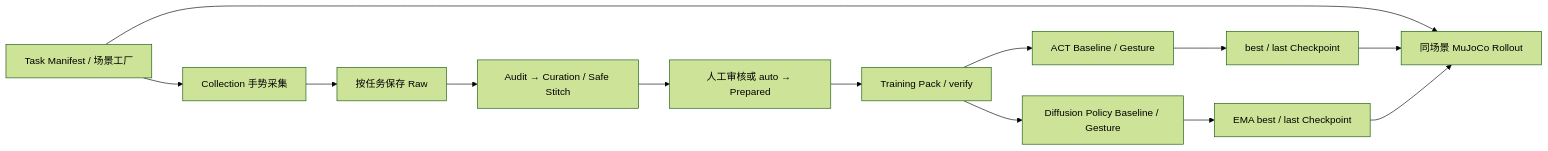
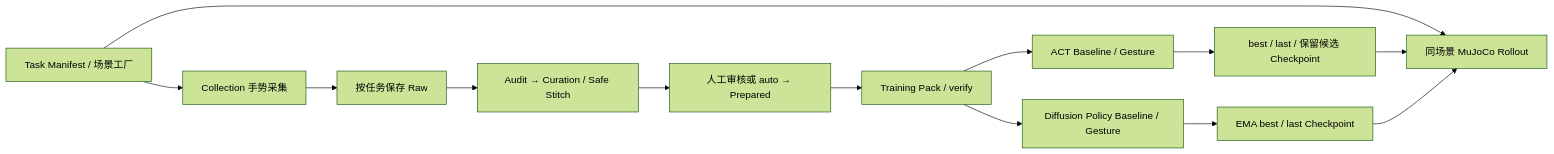
Before and after one commit to shuyi-song-07/mujoco_simulate: the diagram in README.md, drawn with Mermaid (forest theme). The commit also changed other lines of this file and 26 other files, not shown here.

````diff
--- a/README.md
+++ b/README.md
@@ -6,15 +6,15 @@
 ```mermaid
 flowchart LR
   T[Task Manifest / 场景工厂] --> C[Collection 手势采集]
   C --> R[按任务保存 Raw]
   R --> A[Audit → Curation / Safe Stitch]
   A --> P[人工审核或 auto → Prepared]
   P --> K[Training Pack / verify]
   K --> M[ACT Baseline / Gesture]
   K --> D[Diffusion Policy Baseline / Gesture]
-  M --> W[best / last Checkpoint]
+  M --> W[best / last / 保留候选 Checkpoint]
   D --> DW[EMA best / last Checkpoint]
   T --> E[同场景 MuJoCo Rollout]
   W --> E
   DW --> E
 ```
````
